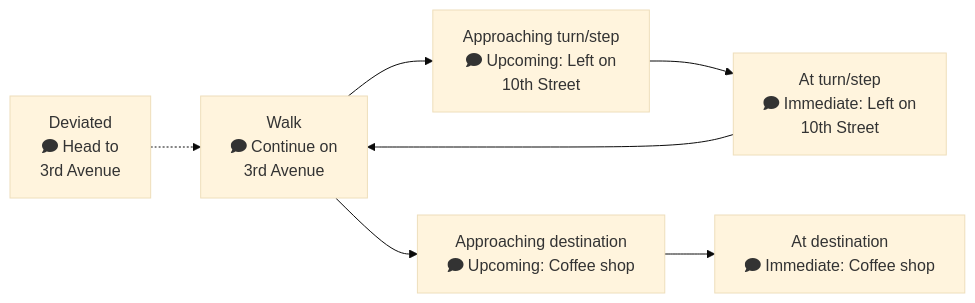
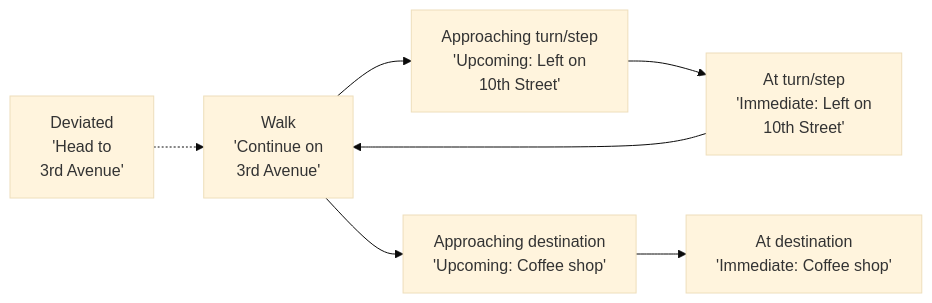
One commit to ibi-group/otp-middleware changed the second of 2 diagrams in live-tracking.md. Above: the diagram before and after it, drawn with Mermaid (base theme).

Commit message:
docs(live-tracking): Remove font-awesome shorthand.

````diff
--- a/live-tracking.md
+++ b/live-tracking.md
@@ -188,11 +188,11 @@
 ```mermaid
 flowchart LR
-    deviated[Deviated<br/>fa:fa-comment Head to<br/>3rd Avenue]
-    walk[Walk<br/>fa:fa-comment Continue on<br/>3rd Avenue]
-    approachTurn[Approaching turn/step<br/>fa:fa-comment Upcoming: Left on<br/>10th Street]   
-    atTurn[At turn/step<br/>fa:fa-comment Immediate: Left on<br/>10th Street]
-    approachingDestination[Approaching destination<br/>fa:fa-comment Upcoming: Coffee shop]
-    atDestination[At destination<br/>fa:fa-comment Immediate: Coffee shop]
+    deviated[Deviated<br/>'Head to<br/>3rd Avenue']
+    walk[Walk<br/>'Continue on<br/>3rd Avenue']
+    approachTurn[Approaching turn/step<br/>'Upcoming: Left on<br/>10th Street']   
+    atTurn[At turn/step<br/>'Immediate: Left on<br/>10th Street']
+    approachingDestination[Approaching destination<br/>'Upcoming: Coffee shop']
+    atDestination[At destination<br/>'Immediate: Coffee shop']
     deviated -.-> walk --> approachTurn --> atTurn --> walk
     walk --> approachingDestination --> atDestination
 ```
````
